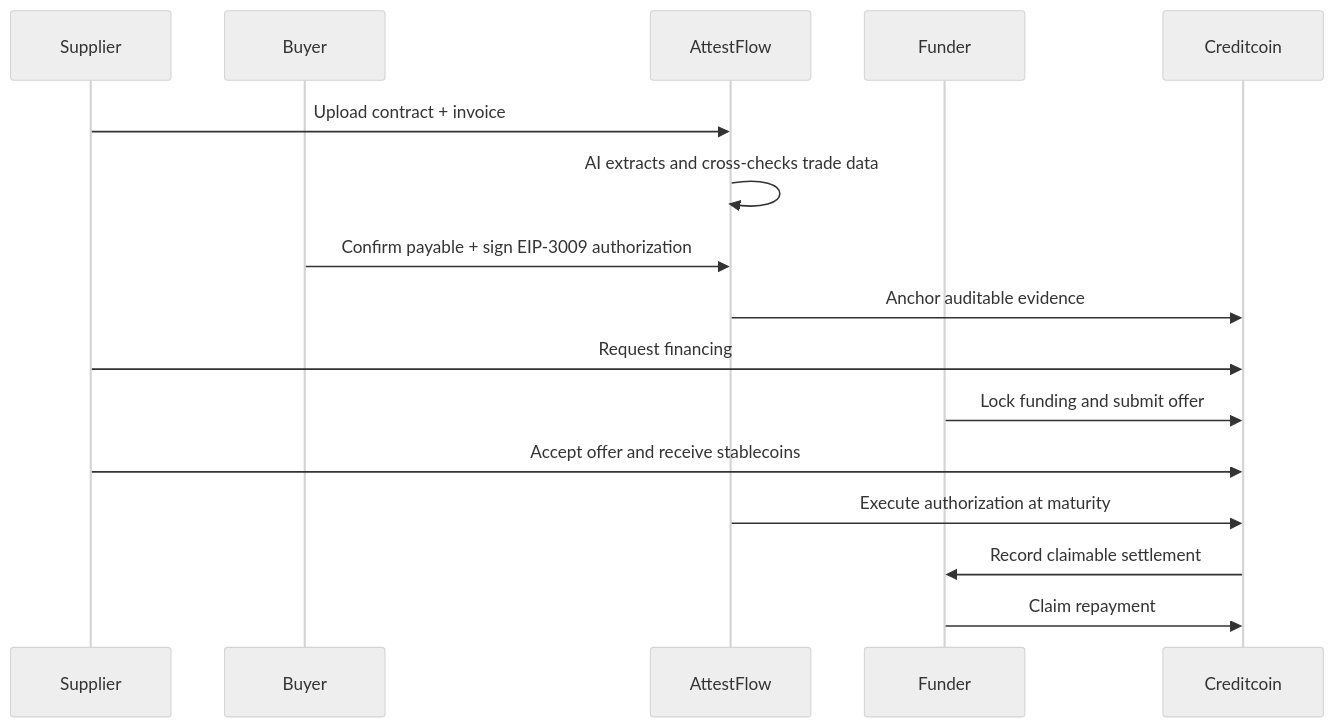
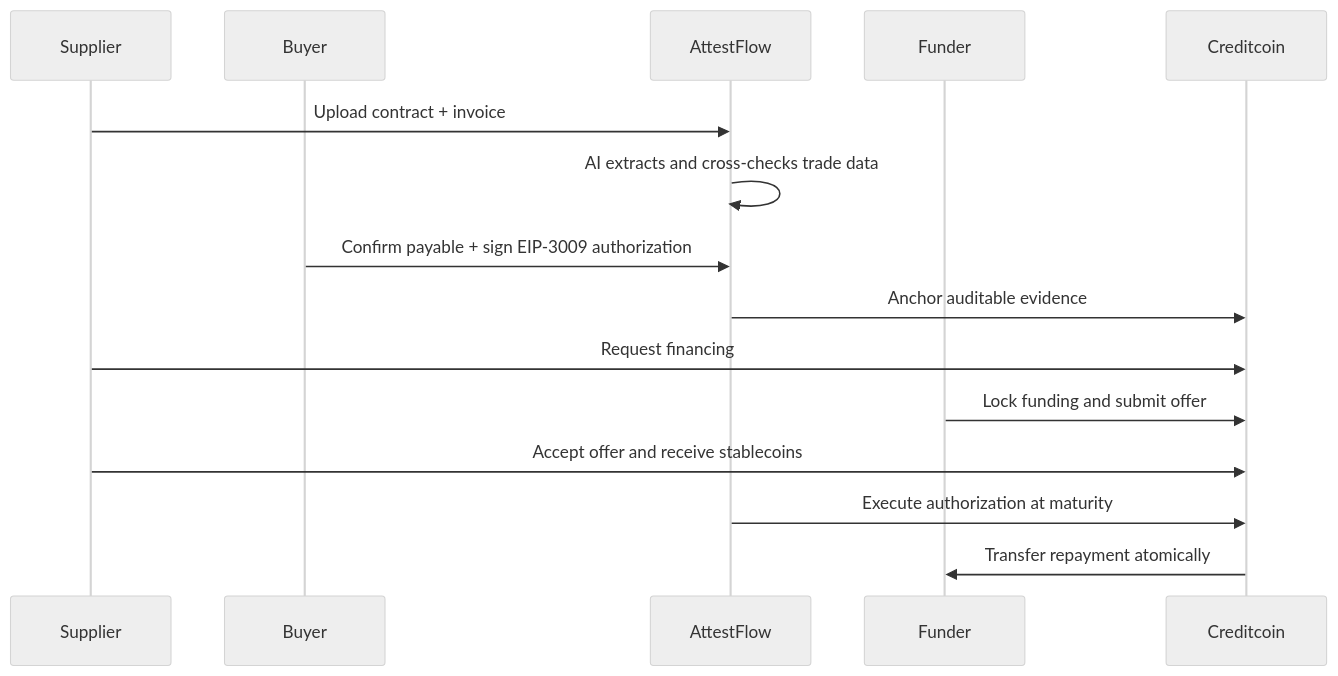
One commit to skymiss18/supplychain changed the first of 3 diagrams in README.md. Above: the diagram before and after it, drawn with Mermaid (neutral theme). The commit also changed other lines of this file and 6 other files, not shown here.

Commit message:
Improve CC3 settlement flow

````diff
--- a/README.md
+++ b/README.md
@@ -68,19 +68,18 @@
 ```mermaid
 sequenceDiagram
     participant S as Supplier
     participant B as Buyer
     participant A as AttestFlow
     participant F as Funder
     participant C as Creditcoin
 
     S->>A: Upload contract + invoice
     A->>A: AI extracts and cross-checks trade data
     B->>A: Confirm payable + sign EIP-3009 authorization
     A->>C: Anchor auditable evidence
     S->>C: Request financing
     F->>C: Lock funding and submit offer
     S->>C: Accept offer and receive stablecoins
     A->>C: Execute authorization at maturity
-    C->>F: Record claimable settlement
-    F->>C: Claim repayment
+    C->>F: Transfer repayment atomically
 ```
````
